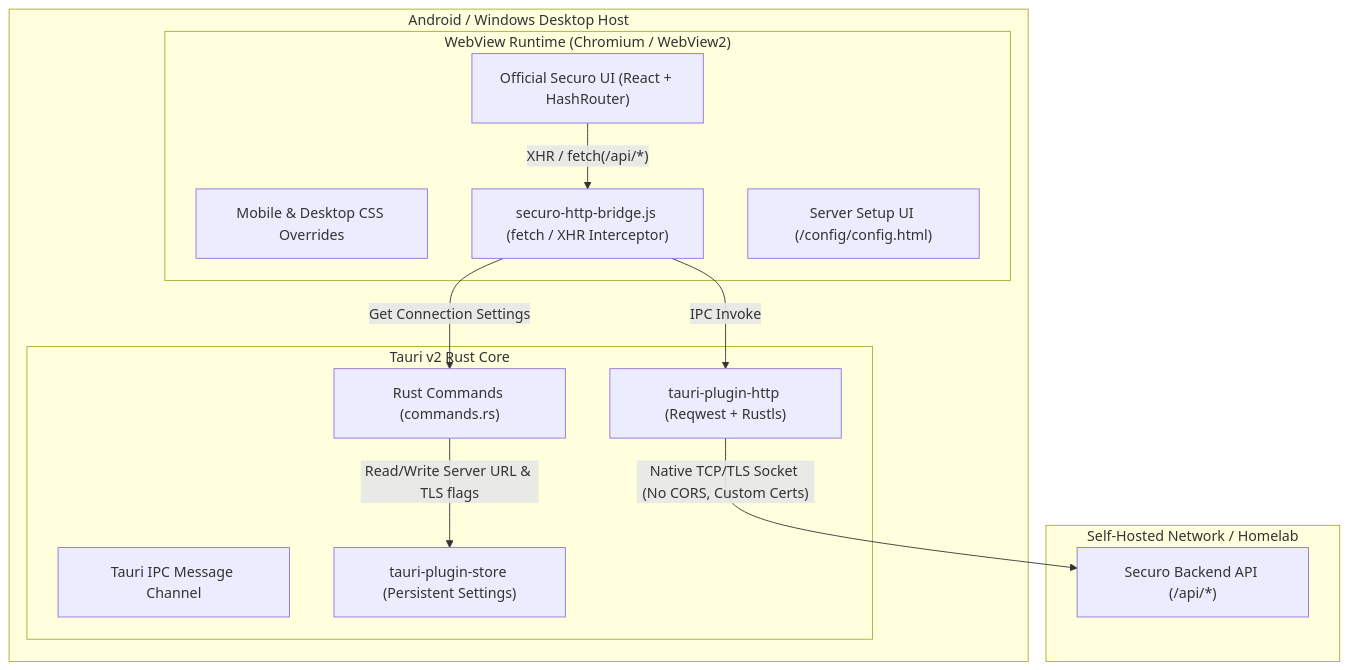
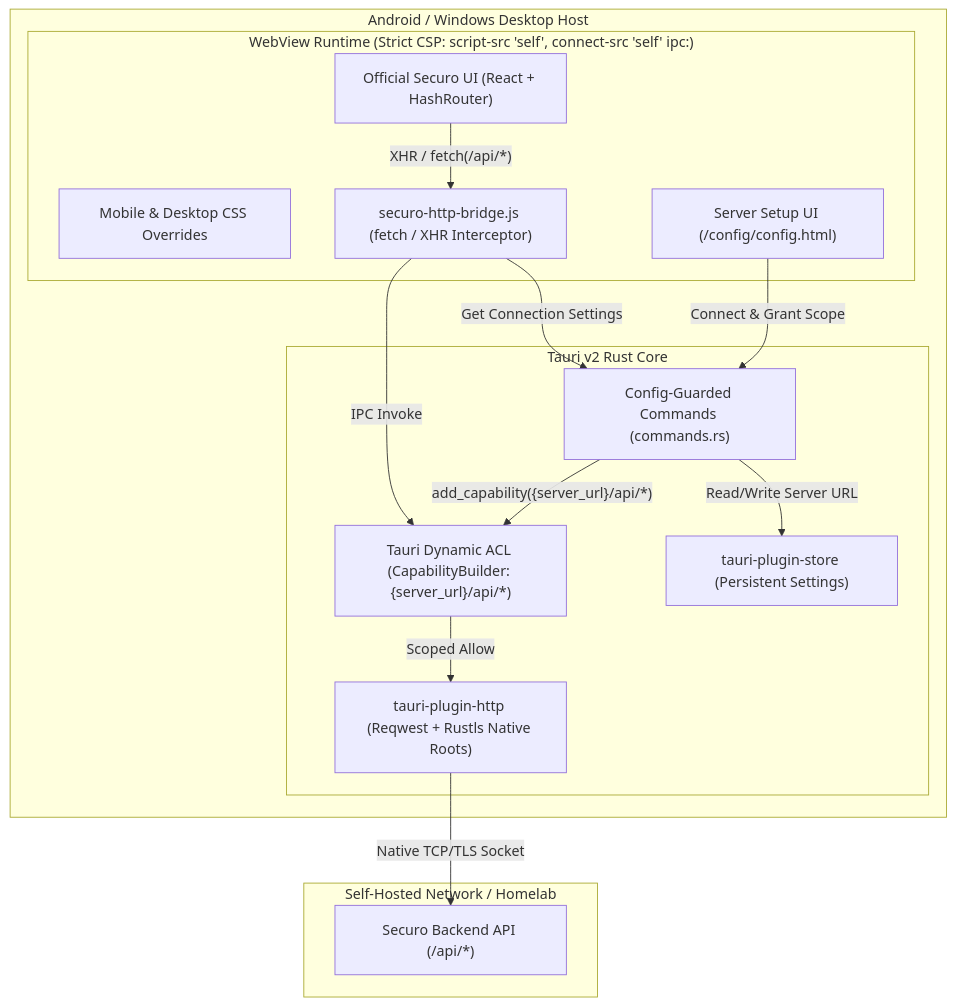
Before and after one commit to Marcelo-maga/securo-client: the first of 2 diagrams in ARCHITECTURE.md, drawn with Mermaid. The commit also changed other lines of this file and 1 other file, not shown here.

Commit message:
docs(security): update architecture and security policy for dynamic ACL and CSP

````diff
--- a/ARCHITECTURE.md
+++ b/ARCHITECTURE.md
@@ -22,30 +22,33 @@
 ```mermaid
 graph TD
     subgraph Device["Android / Windows Desktop Host"]
-        subgraph WebViewSandbox["WebView Runtime (Chromium / WebView2)"]
+        subgraph WebViewSandbox["WebView Runtime (Strict CSP: script-src 'self', connect-src 'self' ipc:)"]
             UI["Official Securo UI (React + HashRouter)"]
             CSS["Mobile & Desktop CSS Overrides"]
             Bridge["securo-http-bridge.js (fetch / XHR Interceptor)"]
             SetupUI["Server Setup UI (/config/config.html)"]
 
             UI -->|"XHR / fetch(/api/*)"| Bridge
         end
 
         subgraph TauriRuntime["Tauri v2 Rust Core"]
-            IPC["Tauri IPC Message Channel"]
-            HttpPlugin["tauri-plugin-http (Reqwest + Rustls)"]
+            ACL["Tauri Dynamic ACL (CapabilityBuilder: {server_url}/api/*)"]
+            HttpPlugin["tauri-plugin-http (Reqwest + Rustls Native Roots)"]
             StorePlugin["tauri-plugin-store (Persistent Settings)"]
-            Cmds["Rust Commands (commands.rs)"]
+            Cmds["Config-Guarded Commands (commands.rs)"]
 
-            Bridge -->|"IPC Invoke"| HttpPlugin
+            Bridge -->|"IPC Invoke"| ACL
+            ACL -->|"Scoped Allow"| HttpPlugin
             Bridge -->|"Get Connection Settings"| Cmds
-            Cmds -->|"Read/Write Server URL & TLS flags"| StorePlugin
+            SetupUI -->|"Connect & Grant Scope"| Cmds
+            Cmds -->|"Read/Write Server URL"| StorePlugin
+            Cmds -->|"add_capability({server_url}/api/*)"| ACL
         end
     end
 
     subgraph RemoteNetwork["Self-Hosted Network / Homelab"]
         Backend["Securo Backend API (/api/*)"]
     end
 
-    HttpPlugin -->|"Native TCP/TLS Socket (No CORS, Custom Certs)"| Backend
+    HttpPlugin -->|"Native TCP/TLS Socket"| Backend
 ```
````
